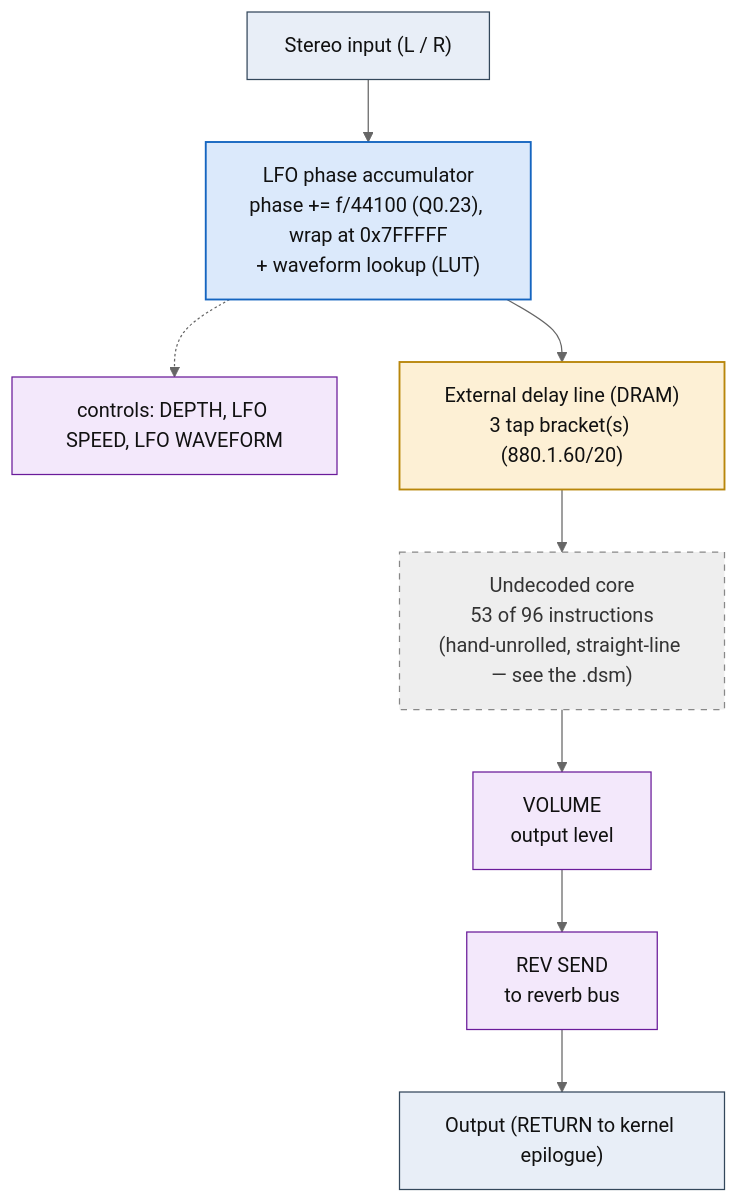
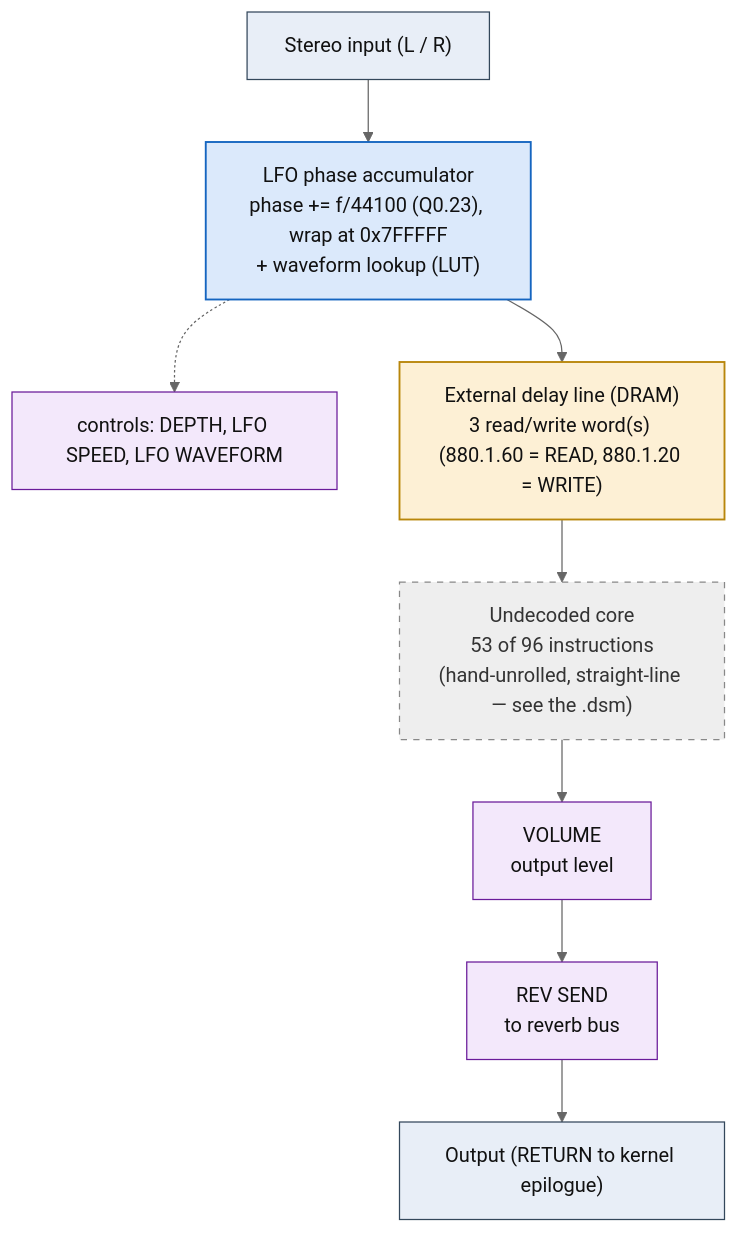
Before and after one commit to ArqueologiaDigital/kn5000-roms-disasm: the diagram in dsp/flowcharts/prog06_ensemble.md, drawn with Mermaid (neutral theme). The commit also changed other lines of this file and 86 other files, not shown here.

````diff
--- a/dsp/flowcharts/prog06_ensemble.md
+++ b/dsp/flowcharts/prog06_ensemble.md
@@ -12,30 +12,30 @@
 ```mermaid
 flowchart TD
     N0["Stereo input (L / R)"]
     N1["LFO phase accumulator<br/>phase += f/44100 (Q0.23), wrap at 0x7FFFFF<br/>+ waveform lookup (LUT)"]
     N0 --> N1
     N2["controls: DEPTH, LFO SPEED, LFO WAVEFORM"]
     N1 -.-> N2
-    N3["External delay line (DRAM)<br/>3 tap bracket(s) (880.1.60/20)"]
+    N3["External delay line (DRAM)<br/>3 read/write word(s) (880.1.60 = READ, 880.1.20 = WRITE)"]
     N1 --> N3
     N4["Undecoded core<br/>53 of 96 instructions<br/>(hand-unrolled, straight-line &mdash; see the .dsm)"]
     N3 --> N4
     N5["VOLUME<br/>output level"]
     N4 --> N5
     N6["REV SEND<br/>to reverb bus"]
     N5 --> N6
     N7["Output (RETURN to kernel epilogue)"]
     N6 --> N7
 
     classDef io fill:#e8eef7,stroke:#33475b,stroke-width:1px,color:#111;
     classDef proven fill:#d7f0d7,stroke:#2e7d32,stroke-width:2px,color:#111;
     classDef measured fill:#dbe9fb,stroke:#1565c0,stroke-width:1.5px,color:#111;
     classDef inferred fill:#fdf0d5,stroke:#b8860b,stroke-width:1.5px,color:#111;
     classDef open fill:#eeeeee,stroke:#888,stroke-width:1px,color:#333,stroke-dasharray:5 5;
     classDef ctrl fill:#f3e8fb,stroke:#6a1b9a,stroke-width:1px,color:#111;
     class N0,N7 io;
     class N1 measured;
     class N2,N5,N6 ctrl;
     class N3 inferred;
     class N4 open;
 ```
````
